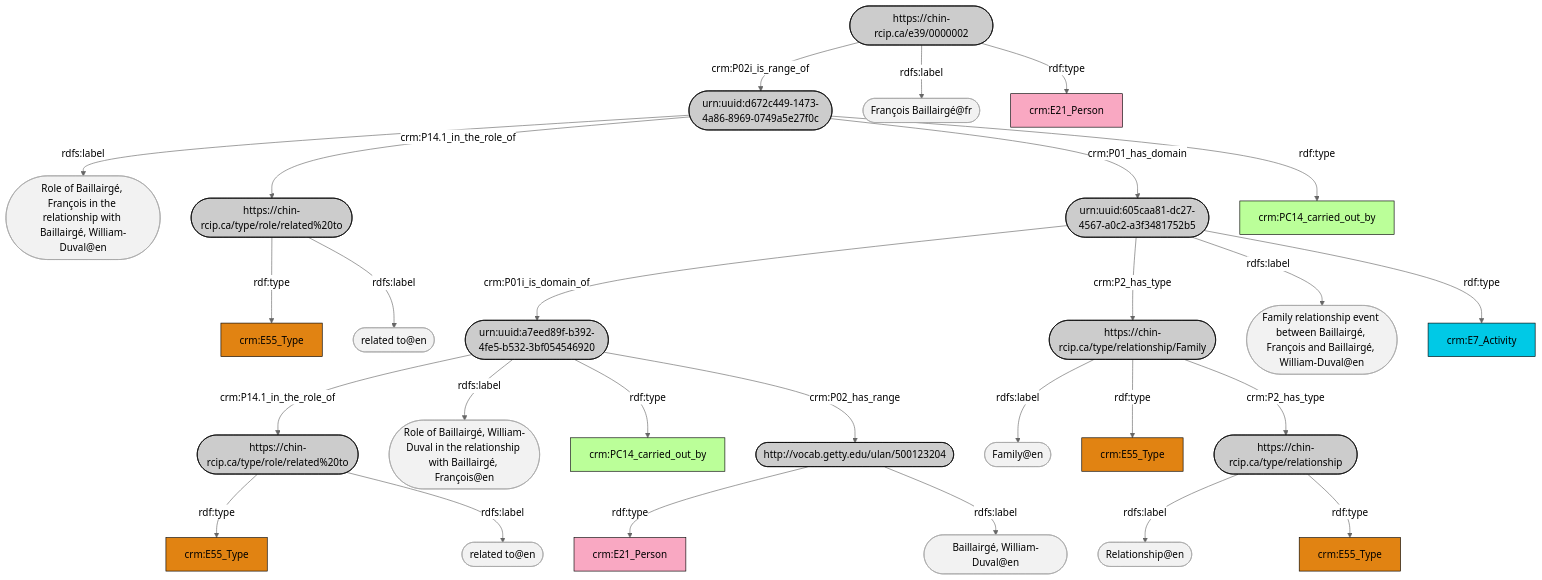
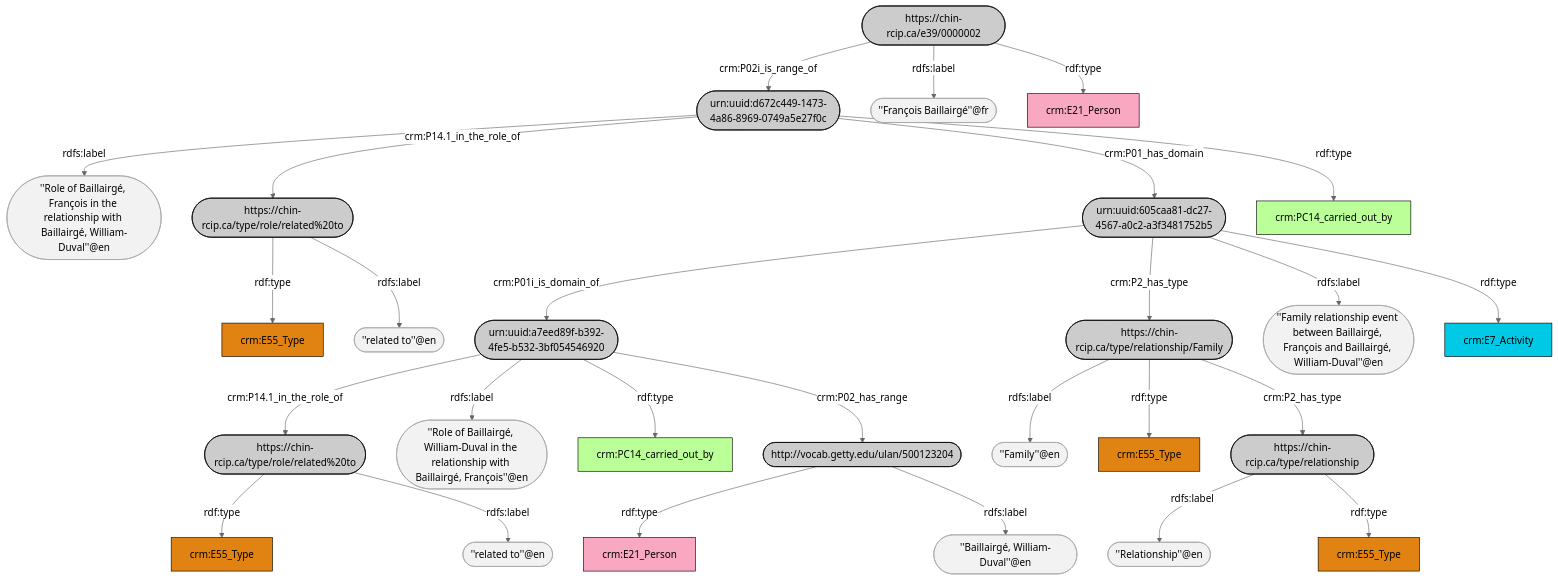
One commit to TrangDg/TrangDg.github.io changed the fourth of 4 diagrams in testing_mermaid.md. Above: the diagram before and after it, drawn with Mermaid (neutral theme). The commit also changed other lines of this file, not shown here.

```diff
--- a/testing_mermaid.md
+++ b/testing_mermaid.md
@@ -168,42 +168,42 @@
 <div class="mermaid">
 	graph TD
 classDef Literal fill:#f2f2f2,stroke:#a6a6a6;
 classDef URI fill:#cccccc,stroke:#000000;
 classDef CRM_Entity fill:#FFFFFF,stroke:#000000;
 classDef Temporal_Entity fill:#00C9E6, stroke:#000000;
 classDef Type fill:#E18312, stroke:#000000;
 classDef Time-Span fill:#2C9C91, stroke:#000000;
 classDef Appellation fill:#FFEB7F, stroke:#000000;
 classDef Place fill:#008836, stroke:#000000;
-classDef Persistent_Item fill:#A4A0A3, stroke:#000000;
+classDef Persistent_Item fill:#B266B2, stroke:#000000;
 classDef Conceptual_Object fill:#FFD700, stroke:#000000;
 classDef Physical_Object fill:#D2B48C, stroke:#000000;
 classDef Actor fill:#F9A8C2, stroke:#000000;
 classDef PC_Classes fill:#bbff99, stroke:#000000;
 A1([https://chin-rcip.ca/e39/0000002]):::URI -->|crm:P02i_is_range_of| B1([urn:uuid:d672c449-1473-4a86-8969-0749a5e27f0c]):::Literal
-B1([urn:uuid:d672c449-1473-4a86-8969-0749a5e27f0c]):::URI -->|rdfs:label| C1(["Role of Baillairgé, François in the relationship with Baillairgé, William-Duval@en"]):::Literal
+B1([urn:uuid:d672c449-1473-4a86-8969-0749a5e27f0c]):::URI -->|rdfs:label| C1(["''Role of Baillairgé, François in the relationship with Baillairgé, William-Duval''@en"]):::Literal
 B1([urn:uuid:d672c449-1473-4a86-8969-0749a5e27f0c]):::URI -->|crm:P14.1_in_the_role_of| C2([https://chin-rcip.ca/type/role/related%20to]):::Literal
 C2([https://chin-rcip.ca/type/role/related%20to]) -->|rdf:type| D1[crm:E55_Type]:::Type
-C2([https://chin-rcip.ca/type/role/related%20to]):::URI -->|rdfs:label| D2(["related to@en"]):::Literal
+C2([https://chin-rcip.ca/type/role/related%20to]):::URI -->|rdfs:label| D2(["''related to''@en"]):::Literal
 B1([urn:uuid:d672c449-1473-4a86-8969-0749a5e27f0c]):::URI -->|crm:P01_has_domain| C3([urn:uuid:605caa81-dc27-4567-a0c2-a3f3481752b5]):::Literal
 C3([urn:uuid:605caa81-dc27-4567-a0c2-a3f3481752b5]):::URI -->|crm:P01i_is_domain_of| D3([urn:uuid:a7eed89f-b392-4fe5-b532-3bf054546920]):::Literal
 D3([urn:uuid:a7eed89f-b392-4fe5-b532-3bf054546920]):::URI -->|crm:P14.1_in_the_role_of| E1([https://chin-rcip.ca/type/role/related%20to]):::Literal
 E1([https://chin-rcip.ca/type/role/related%20to]) -->|rdf:type| F1[crm:E55_Type]:::Type
-E1([https://chin-rcip.ca/type/role/related%20to]):::URI -->|rdfs:label| F2(["related to@en"]):::Literal
-D3([urn:uuid:a7eed89f-b392-4fe5-b532-3bf054546920]):::URI -->|rdfs:label| E2(["Role of Baillairgé, William-Duval in the relationship with Baillairgé, François@en"]):::Literal
+E1([https://chin-rcip.ca/type/role/related%20to]):::URI -->|rdfs:label| F2(["''related to''@en"]):::Literal
+D3([urn:uuid:a7eed89f-b392-4fe5-b532-3bf054546920]):::URI -->|rdfs:label| E2(["''Role of Baillairgé, William-Duval in the relationship with Baillairgé, François''@en"]):::Literal
 D3([urn:uuid:a7eed89f-b392-4fe5-b532-3bf054546920]) -->|rdf:type| E3[crm:PC14_carried_out_by]:::PC_Classes
 D3([urn:uuid:a7eed89f-b392-4fe5-b532-3bf054546920]):::URI -->|crm:P02_has_range| E4([http://vocab.getty.edu/ulan/500123204]):::Literal
 E4([http://vocab.getty.edu/ulan/500123204]) -->|rdf:type| F3[crm:E21_Person]:::Actor
-E4([http://vocab.getty.edu/ulan/500123204]):::URI -->|rdfs:label| F4(["Baillairgé, William-Duval@en"]):::Literal
+E4([http://vocab.getty.edu/ulan/500123204]):::URI -->|rdfs:label| F4(["''Baillairgé, William-Duval''@en"]):::Literal
 C3([urn:uuid:605caa81-dc27-4567-a0c2-a3f3481752b5]):::URI -->|crm:P2_has_type| D4([https://chin-rcip.ca/type/relationship/Family]):::Literal
-D4([https://chin-rcip.ca/type/relationship/Family]):::URI -->|rdfs:label| E5(["Family@en"]):::Literal
+D4([https://chin-rcip.ca/type/relationship/Family]):::URI -->|rdfs:label| E5(["''Family''@en"]):::Literal
 D4([https://chin-rcip.ca/type/relationship/Family]) -->|rdf:type| E6[crm:E55_Type]:::Type
 D4([https://chin-rcip.ca/type/relationship/Family]):::URI -->|crm:P2_has_type| E7([https://chin-rcip.ca/type/relationship]):::Literal
-E7([https://chin-rcip.ca/type/relationship]):::URI -->|rdfs:label| F5(["Relationship@en"]):::Literal
+E7([https://chin-rcip.ca/type/relationship]):::URI -->|rdfs:label| F5(["''Relationship''@en"]):::Literal
 E7([https://chin-rcip.ca/type/relationship]) -->|rdf:type| F6[crm:E55_Type]:::Type
-C3([urn:uuid:605caa81-dc27-4567-a0c2-a3f3481752b5]):::URI -->|rdfs:label| D5(["Family relationship event between Baillairgé, François and Baillairgé, William-Duval@en"]):::Literal
+C3([urn:uuid:605caa81-dc27-4567-a0c2-a3f3481752b5]):::URI -->|rdfs:label| D5(["''Family relationship event between Baillairgé, François and Baillairgé, William-Duval''@en"]):::Literal
 C3([urn:uuid:605caa81-dc27-4567-a0c2-a3f3481752b5]) -->|rdf:type| D6[crm:E7_Activity]:::Temporal_Entity
 B1([urn:uuid:d672c449-1473-4a86-8969-0749a5e27f0c]) -->|rdf:type| C4[crm:PC14_carried_out_by]:::PC_Classes
-A1([https://chin-rcip.ca/e39/0000002]):::URI -->|rdfs:label| B2(["François Baillairgé@fr"]):::Literal
+A1([https://chin-rcip.ca/e39/0000002]):::URI -->|rdfs:label| B2(["''François Baillairgé''@fr"]):::Literal
 A1([https://chin-rcip.ca/e39/0000002]) -->|rdf:type| B3[crm:E21_Person]:::Actor
 </div>
```
